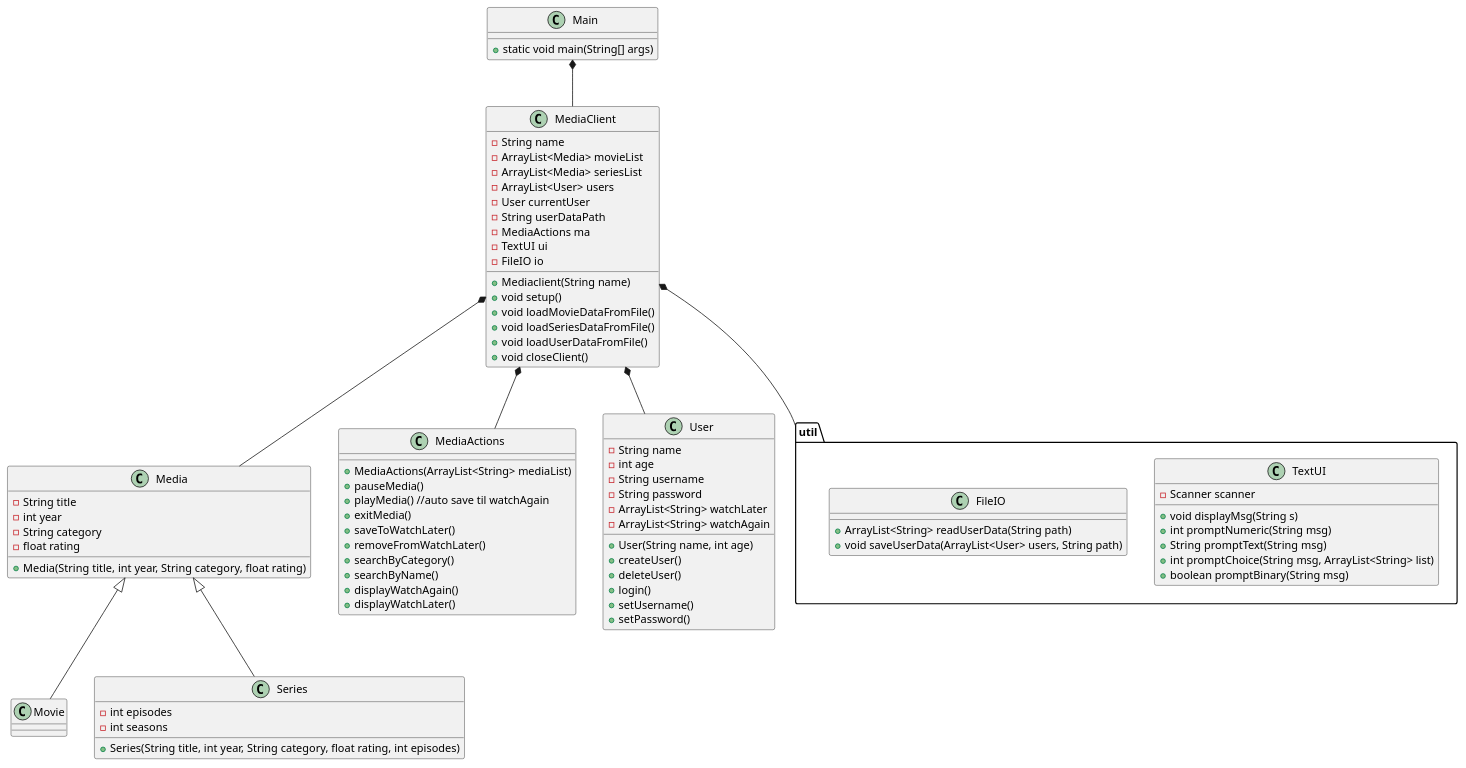
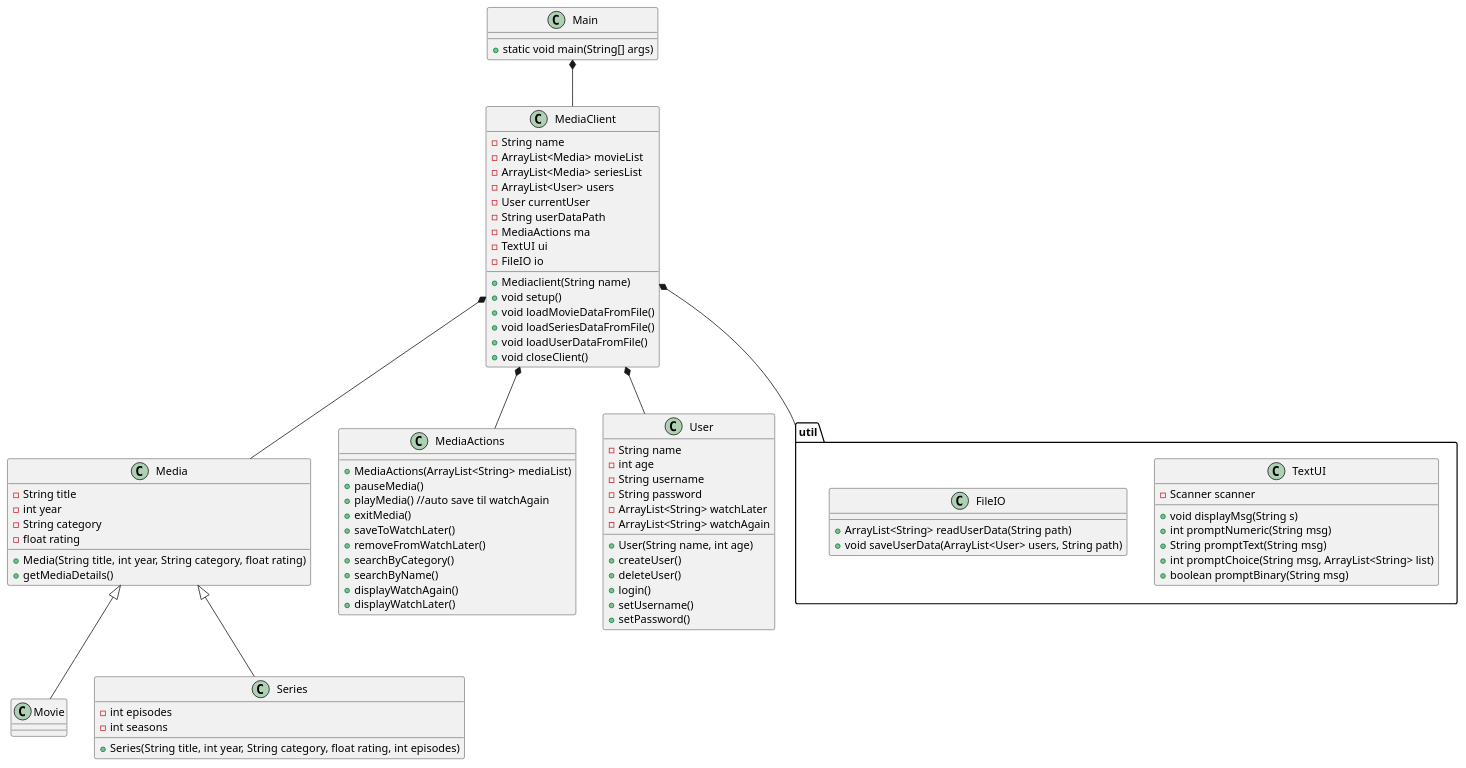
One commit to b-rino/SP3 changed the diagram in docs/classdiagram_v0.puml. Above: the diagram before and after it, drawn with PlantUML. The commit also changed 3 other files, not shown here.

```diff
--- a/docs/classdiagram_v0.puml
+++ b/docs/classdiagram_v0.puml
@@ -1,107 +1,108 @@
 @startuml
 class Main{
 + static void main(String[] args)
 }
 
 class Media{
 - String title
 - int year
 - String category
 - float rating
 +Media(String title, int year, String category, float rating)
++getMediaDetails()
 
 
 }
 
 class MediaClient{
 -String name
 -ArrayList<Media> movieList
 -ArrayList<Media> seriesList
 -ArrayList<User> users
 -User currentUser
 -String userDataPath
 -MediaActions ma
 -TextUI ui
 -FileIO io
 +Mediaclient(String name)
 +void setup()
 +void loadMovieDataFromFile()
 +void loadSeriesDataFromFile()
 +void loadUserDataFromFile()
 +void closeClient()
 
 
 }
 
 
 class Movie{
 }
 
 class Series{
 - int episodes
 - int seasons
 +Series(String title, int year, String category, float rating, int episodes)
 }
 
 
 class MediaActions{
 +MediaActions(ArrayList<String> mediaList)
 +pauseMedia()
 +playMedia() //auto save til watchAgain
 +exitMedia()
 +saveToWatchLater()
 +removeFromWatchLater()
 +searchByCategory()
 +searchByName()
 +displayWatchAgain()
 +displayWatchLater()
 }
 
 class User{
 -String name
 -int age
 -String username
 -String password
 -ArrayList<String> watchLater
 -ArrayList<String> watchAgain
 +User(String name, int age)
 +createUser()
 +deleteUser()
 +login()
 '+logout() nok ikke nødvendig
 +setUsername()
 +setPassword()
 }
 
 
 package "util" {
 class TextUI{
 - Scanner scanner
 
 +void displayMsg(String s)
 +int promptNumeric(String msg)
 +String promptText(String msg)
 +int promptChoice(String msg, ArrayList<String> list)
 +boolean promptBinary(String msg)
 }
 class FileIO{
 '+void addMediaToFile(Media media, String path)
 '+void removeMediaFromFile(Media media, String path)
 +ArrayList<String> readUserData(String path)
 +void saveUserData(ArrayList<User> users, String path)
 }
 }
 
 MediaClient *-- Media
 Media<|--Series
 Media <|-- Movie
 MediaClient *-- User
 Main *-- MediaClient
 MediaClient *-- "util"
 MediaClient *-- MediaActions
 
 
 
 
 
 @enduml
```
